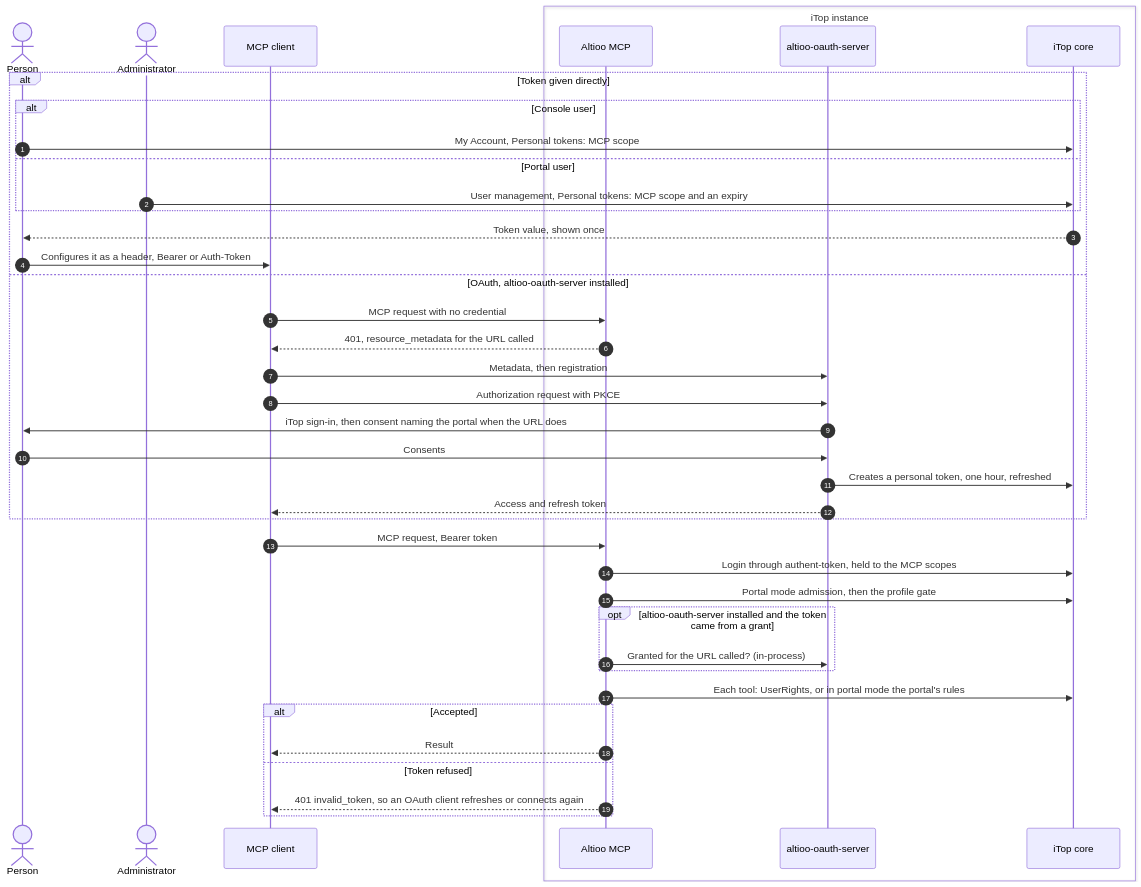
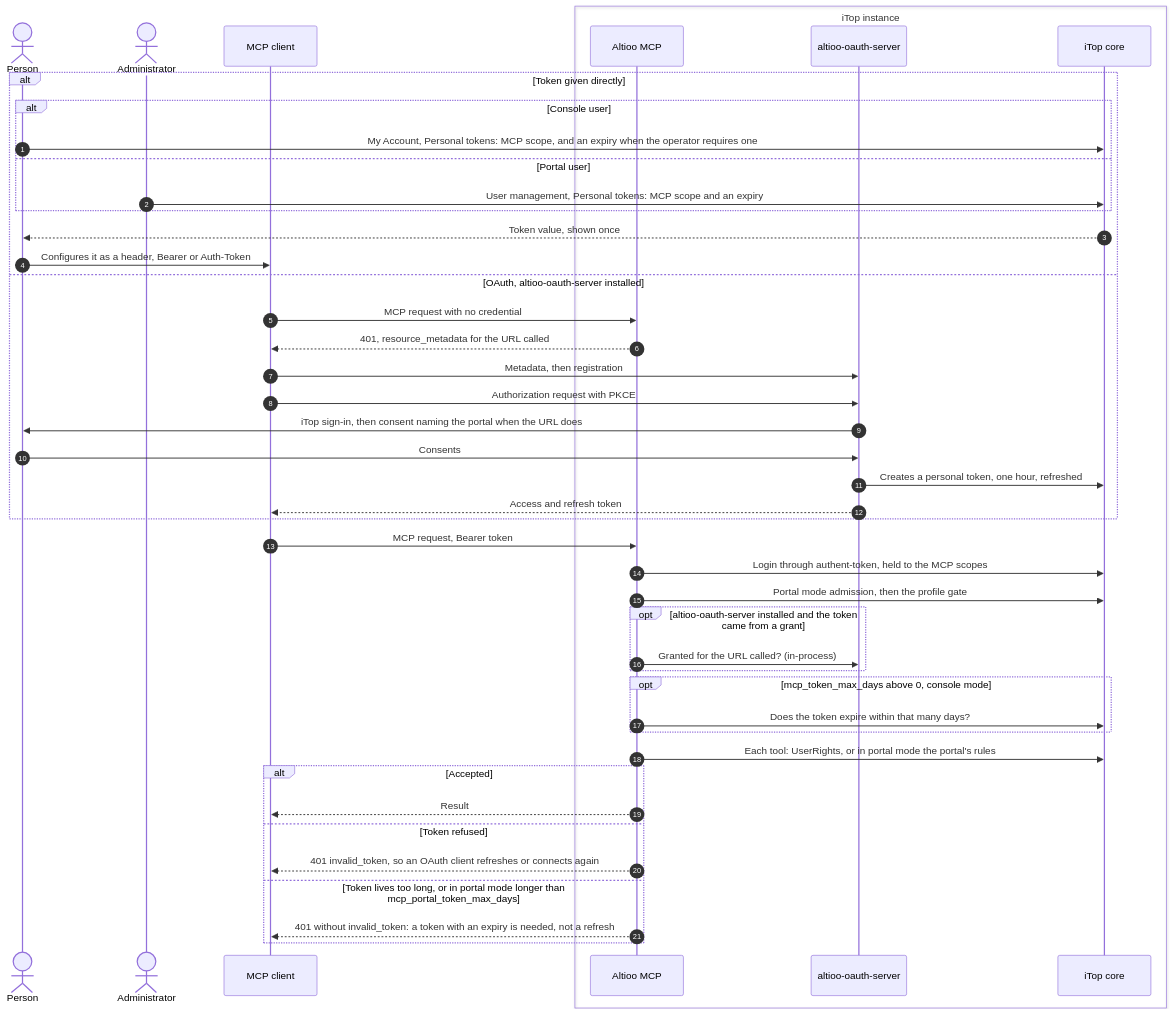
The second of 7 diagrams in doc/architecture.md (AltiooBV/altioo-mcp), drawn with Mermaid before and after one commit. The commit also changed other lines of this file and 18 other files, not shown here.

````diff
--- a/doc/architecture.md
+++ b/doc/architecture.md
@@ -84,44 +84,49 @@
 ```mermaid
 sequenceDiagram
   autonumber
   actor P as Person
   actor A as Administrator
   participant C as MCP client
   box iTop instance
     participant M as Altioo MCP
     participant O as altioo-oauth-server
     participant I as iTop core
   end
 
   alt Token given directly
     alt Console user
-      P->>I: My Account, Personal tokens: MCP scope
+      P->>I: My Account, Personal tokens: MCP scope, and an expiry when the operator requires one
     else Portal user
       A->>I: User management, Personal tokens: MCP scope and an expiry
     end
     I-->>P: Token value, shown once
     P->>C: Configures it as a header, Bearer or Auth-Token
   else OAuth, altioo-oauth-server installed
     C->>M: MCP request with no credential
     M-->>C: 401, resource_metadata for the URL called
     C->>O: Metadata, then registration
     C->>O: Authorization request with PKCE
     O->>P: iTop sign-in, then consent naming the portal when the URL does
     P->>O: Consents
     O->>I: Creates a personal token, one hour, refreshed
     O-->>C: Access and refresh token
   end
 
   C->>M: MCP request, Bearer token
   M->>I: Login through authent-token, held to the MCP scopes
   M->>I: Portal mode admission, then the profile gate
   opt altioo-oauth-server installed and the token came from a grant
     M->>O: Granted for the URL called? (in-process)
   end
+  opt mcp_token_max_days above 0, console mode
+    M->>I: Does the token expire within that many days?
+  end
   M->>I: Each tool: UserRights, or in portal mode the portal's rules
   alt Accepted
     M-->>C: Result
   else Token refused
     M-->>C: 401 invalid_token, so an OAuth client refreshes or connects again
+  else Token lives too long, or in portal mode longer than mcp_portal_token_max_days
+    M-->>C: 401 without invalid_token: a token with an expiry is needed, not a refresh
   end
 ```
````
